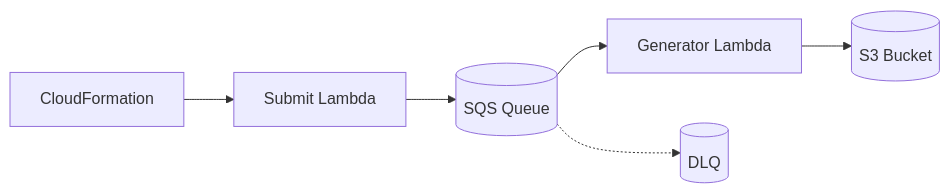
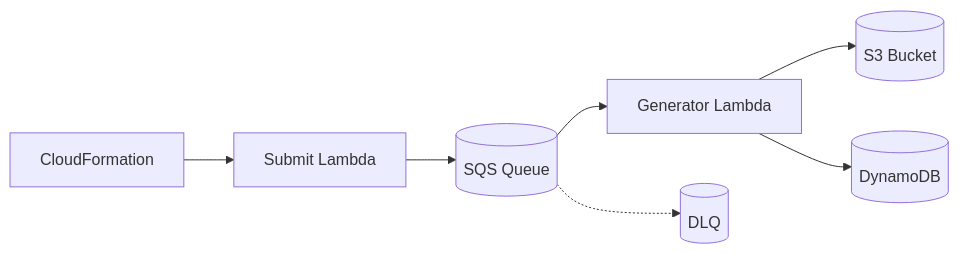
Before and after one commit to Video-Reason/VBVR-DataFactory: the diagram in README.md, drawn with Mermaid. The commit also changed other lines of this file, not shown here.

````diff
--- a/README.md
+++ b/README.md
@@ -26,8 +26,9 @@
 ```mermaid
 graph LR
     A[CloudFormation] --> B[Submit Lambda]
     B --> C[(SQS Queue)]
     C --> D[Generator Lambda]
     C -.-> E[(DLQ)]
     D --> F[(S3 Bucket)]
+    D --> G[(DynamoDB)]
 ```
````
